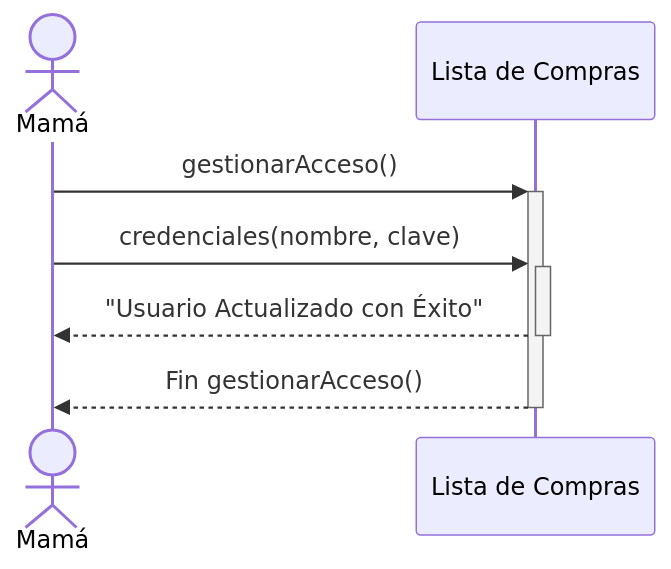
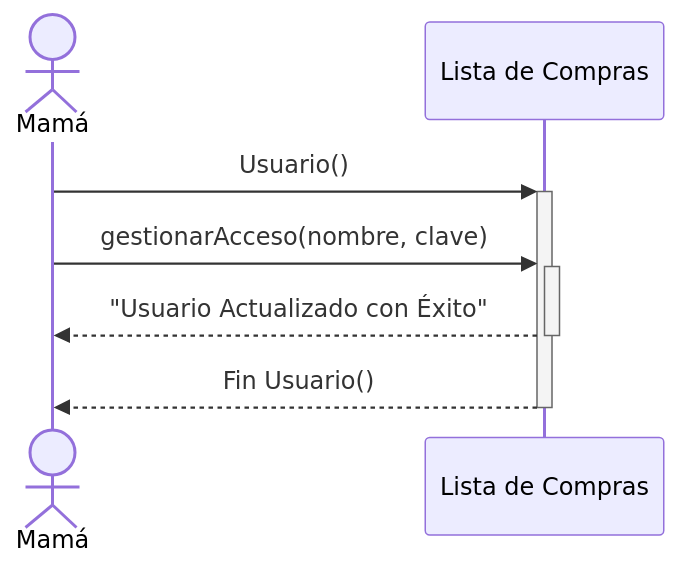
Before and after one commit to LocoUnPocoNadaMas/Lista-Compras: the eighth of 11 diagrams in README.md, drawn with Mermaid. The commit also changed other lines of this file, not shown here.

````diff
--- a/README.md
+++ b/README.md
@@ -657,8 +664,8 @@
 ```mermaid
 sequenceDiagram
     Actor Mamá
-    Mamá->>+Lista de Compras: gestionarAcceso()
-    Mamá->>+Lista de Compras: credenciales(nombre, clave)
+    Mamá->>+Lista de Compras: Usuario()
+    Mamá->>+Lista de Compras: gestionarAcceso(nombre, clave)
     Lista de Compras-->>-Mamá: "Usuario Actualizado con Éxito"
-    Lista de Compras-->>-Mamá: Fin gestionarAcceso()
+    Lista de Compras-->>-Mamá: Fin Usuario()
 ```
````
